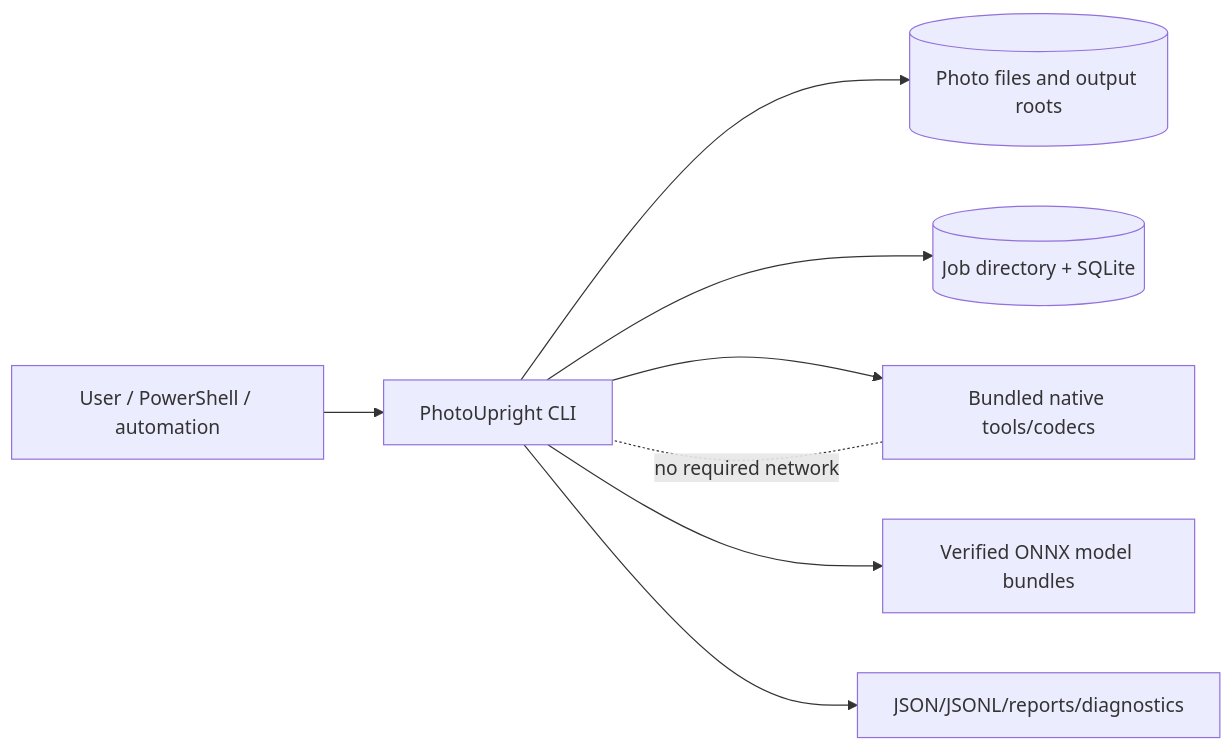
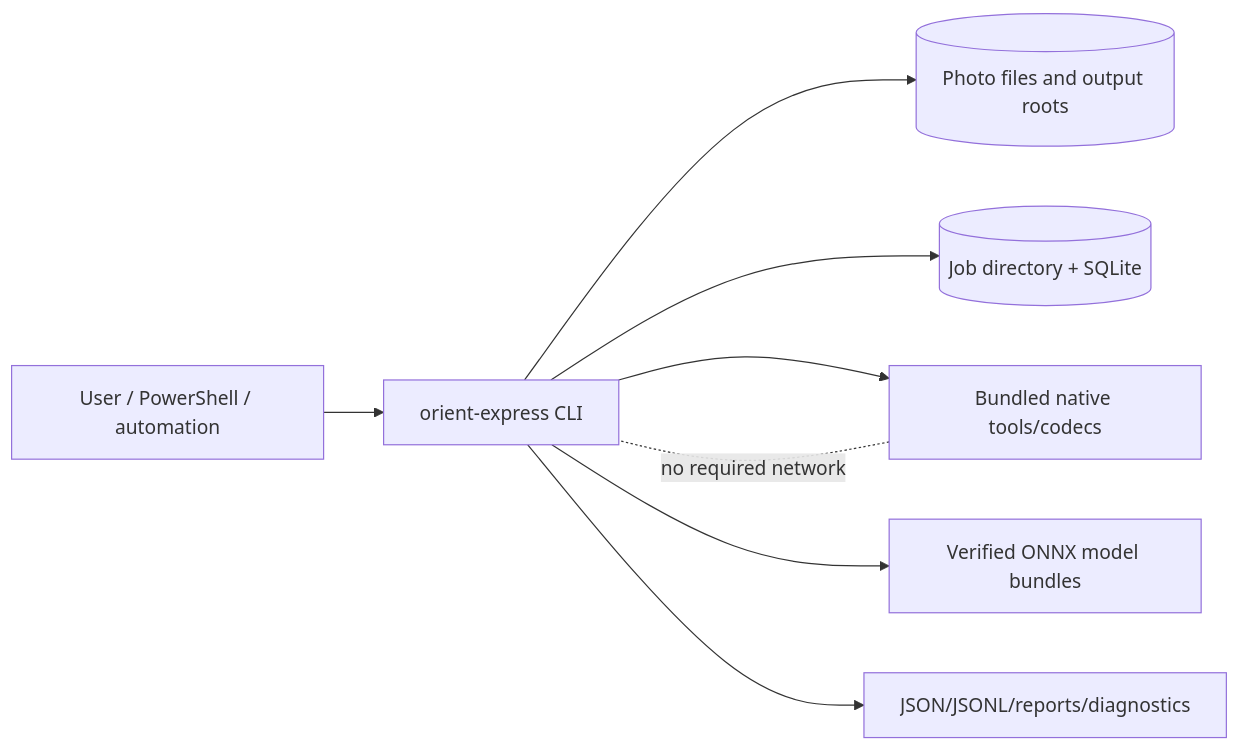
One commit to deadcoast/image-orient changed the diagram in orient-express/docs/04-architecture/system-architecture.md. Above: the diagram before and after it, drawn with Mermaid. The commit also changed other lines of this file and 23 other files, not shown here.

First line of the commit message:
Refactor documentation and schemas to replace "PhotoUpright" with "orient-express"

````diff
--- a/orient-express/docs/04-architecture/system-architecture.md
+++ b/orient-express/docs/04-architecture/system-architecture.md
@@ -22,10 +22,10 @@
 ```mermaid
 flowchart LR
-    User[User / PowerShell / automation] --> CLI[PhotoUpright CLI]
+    User[User / PowerShell / automation] --> CLI[orient-express CLI]
     CLI --> FS[(Photo files and output roots)]
     CLI --> Job[(Job directory + SQLite)]
     CLI --> Tools[Bundled native tools/codecs]
     CLI --> Models[Verified ONNX model bundles]
     CLI --> Reports[JSON/JSONL/reports/diagnostics]
     Tools -. no required network .- CLI
 ```
````
